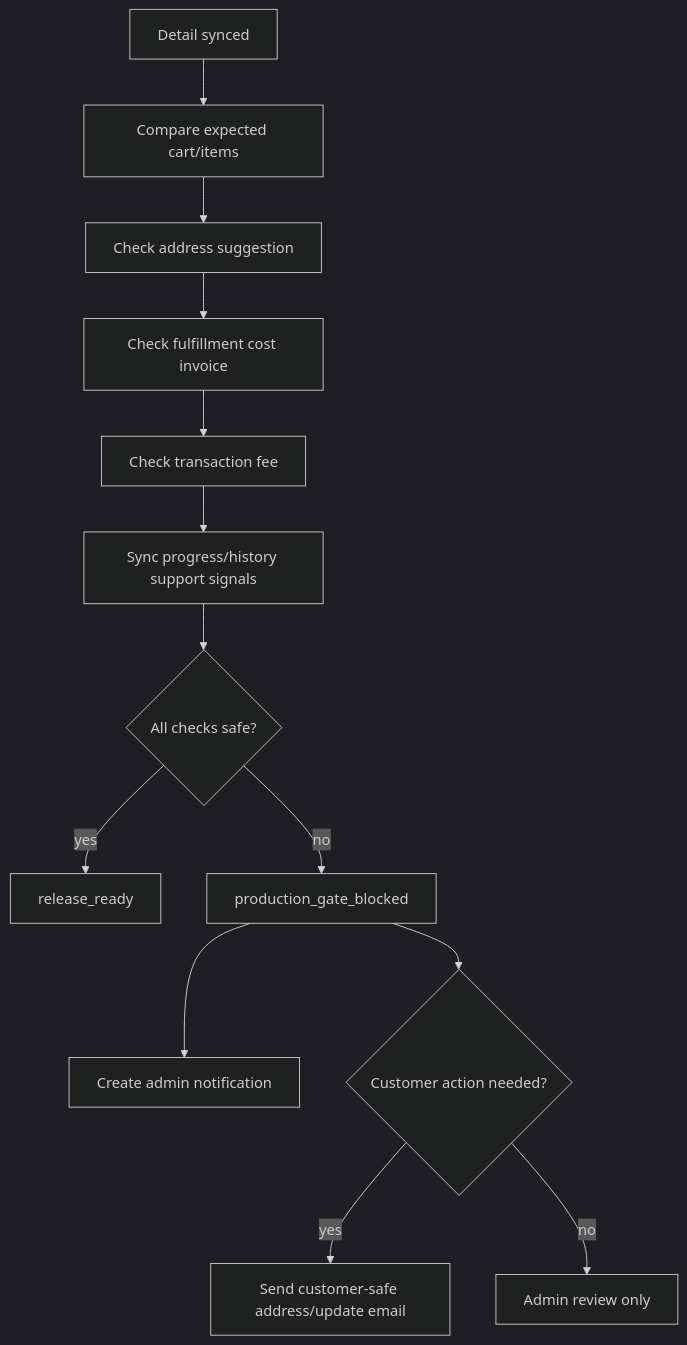
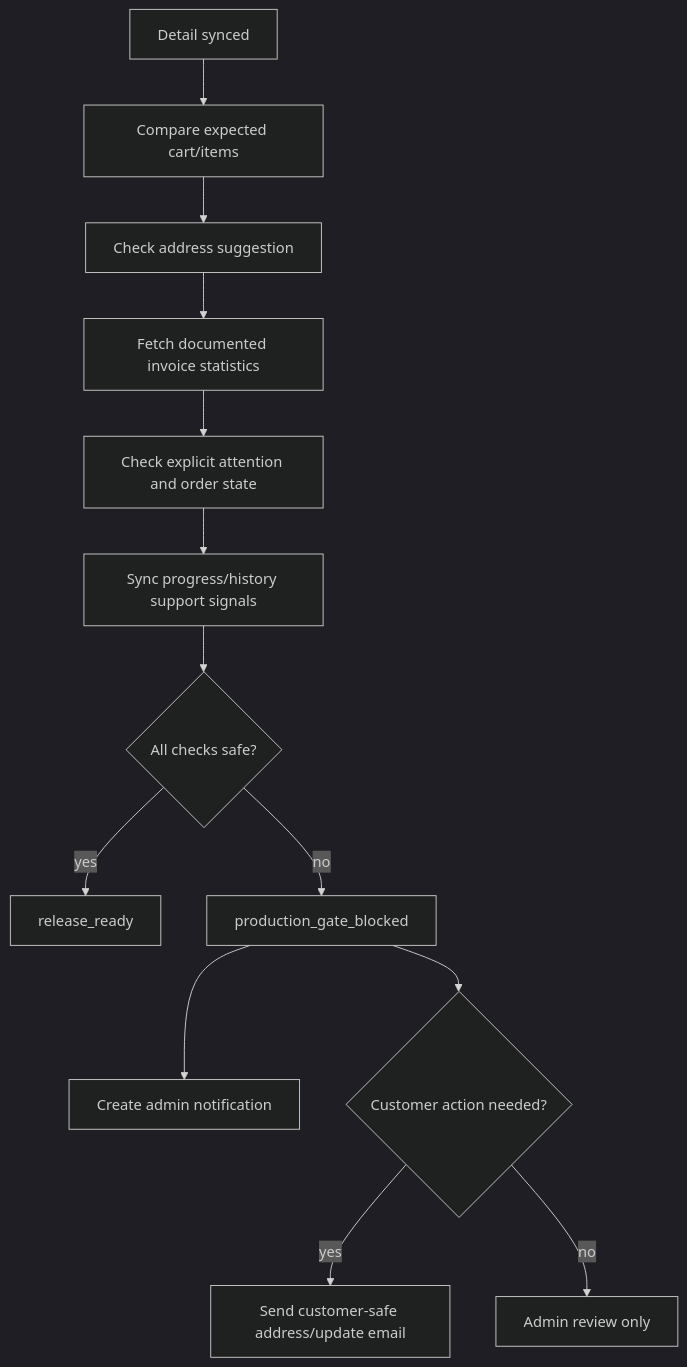
The third of 3 diagrams in Future Implementation Guides/MERCHIZE_FULFILLMENT_OPS_GUIDE.md (Codex-Christi/codex_christi_frontend), drawn with Mermaid (dark theme) before and after one commit. The commit also changed other lines of this file and 17 other files, not shown here.

````diff
--- a/Future Implementation Guides/MERCHIZE_FULFILLMENT_OPS_GUIDE.md
+++ b/Future Implementation Guides/MERCHIZE_FULFILLMENT_OPS_GUIDE.md
@@ -2108,15 +2182,15 @@
 ```mermaid
 flowchart TD
   A["Detail synced"] --> B["Compare expected cart/items"]
   B --> C["Check address suggestion"]
-  C --> D["Check fulfillment cost invoice"]
-  D --> E["Check transaction fee"]
+  C --> D["Fetch documented invoice statistics"]
+  D --> E["Check explicit attention and order state"]
   E --> F["Sync progress/history support signals"]
   F --> G{"All checks safe?"}
   G -->|"yes"| H["release_ready"]
   G -->|"no"| I["production_gate_blocked"]
   I --> J["Create admin notification"]
   I --> K{"Customer action needed?"}
   K -->|"yes"| L["Send customer-safe address/update email"]
   K -->|"no"| M["Admin review only"]
 ```
````
